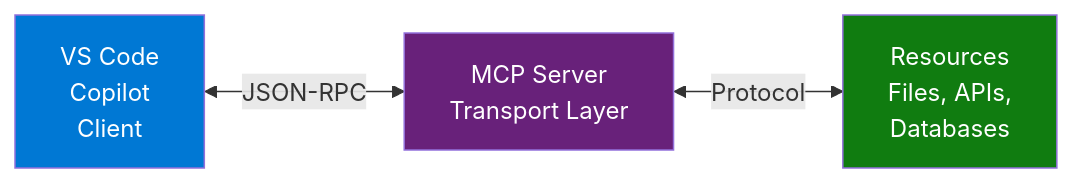
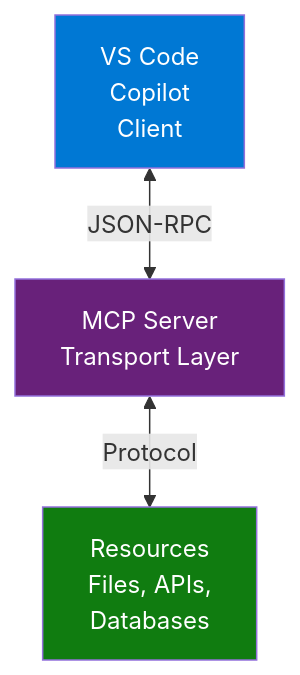
Before and after one commit to j0hnnymiller/AI-Assisted-Software-Development: the diagram in slides/marp/mmd/mcp-components.mmd, drawn with Mermaid. The commit also changed 3 other files, not shown here.

Commit message:
feat: enhance presentation slides with improved flowchart styles and context efficiency explanations

```diff
--- a/slides/marp/mmd/mcp-components.mmd
+++ b/slides/marp/mmd/mcp-components.mmd
@@ -1,6 +1,6 @@
-graph LR
+graph TB
   A[VS Code<br/>Copilot<br/>Client] <-->|JSON-RPC| B[MCP Server<br/>Transport Layer]
   B <-->|Protocol| C[Resources<br/>Files, APIs,<br/>Databases]
   style A fill:#0078d4,color:#fff
   style B fill:#68217a,color:#fff
   style C fill:#107c10,color:#fff
```
